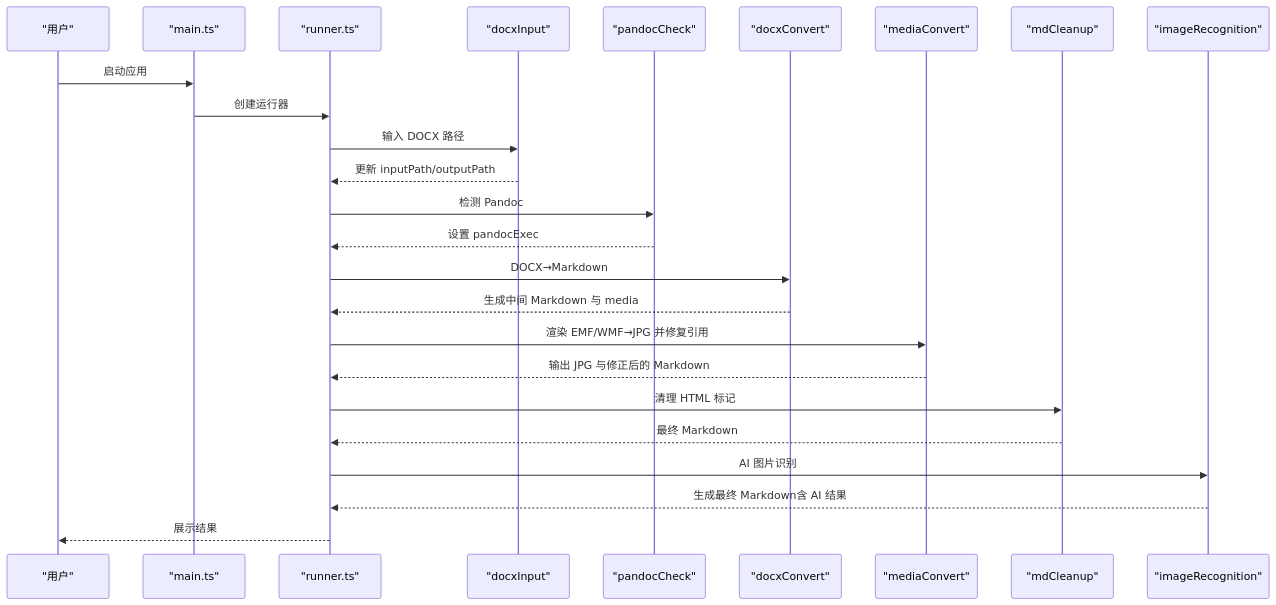
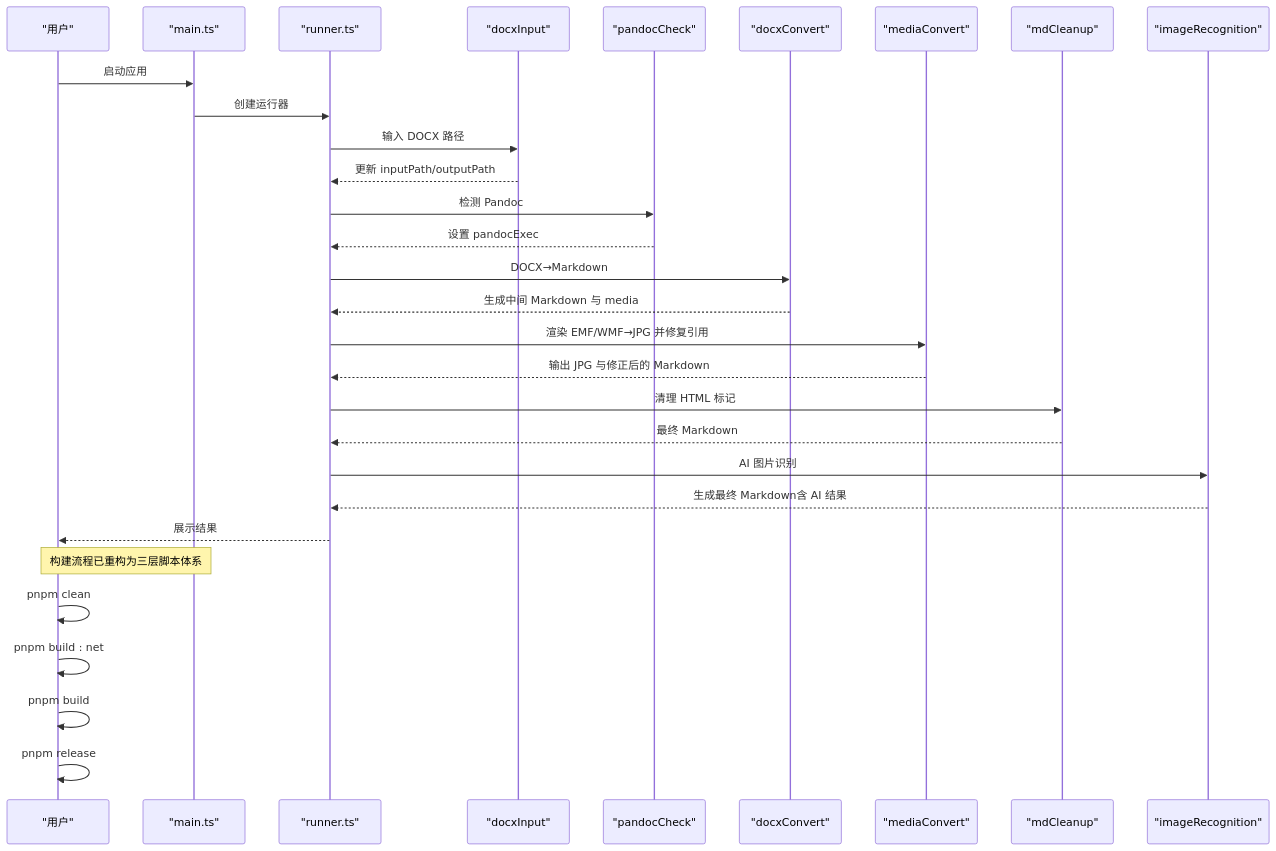
The second of 3 diagrams in .qoder/repowiki/zh/content/开发者指南.md (hllshiro/doc2md-cli), drawn with Mermaid before and after one commit. The commit also changed other lines of this file and 3 other files, not shown here.

````diff
--- a/.qoder/repowiki/zh/content/开发者指南.md
+++ b/.qoder/repowiki/zh/content/开发者指南.md
@@ -112,27 +121,32 @@
 ```mermaid
 sequenceDiagram
 participant U as "用户"
 participant M as "main.ts"
 participant R as "runner.ts"
 participant T1 as "docxInput"
 participant T2 as "pandocCheck"
 participant T3 as "docxConvert"
 participant T4 as "mediaConvert"
 participant T5 as "mdCleanup"
 participant T6 as "imageRecognition"
 U->>M : 启动应用
 M->>R : 创建运行器
 R->>T1 : 输入 DOCX 路径
 T1-->>R : 更新 inputPath/outputPath
 R->>T2 : 检测 Pandoc
 T2-->>R : 设置 pandocExec
 R->>T3 : DOCX→Markdown
 T3-->>R : 生成中间 Markdown 与 media
 R->>T4 : 渲染 EMF/WMF→JPG 并修复引用
 T4-->>R : 输出 JPG 与修正后的 Markdown
 R->>T5 : 清理 HTML 标记
 T5-->>R : 最终 Markdown
 R->>T6 : AI 图片识别
 T6-->>R : 生成最终 Markdown含 AI 结果
 R-->>U : 展示结果
+Note over U,M : 构建流程已重构为三层脚本体系
+U->>U : pnpm clean
+U->>U : pnpm build : net
+U->>U : pnpm build
+U->>U : pnpm release
 ```
````
